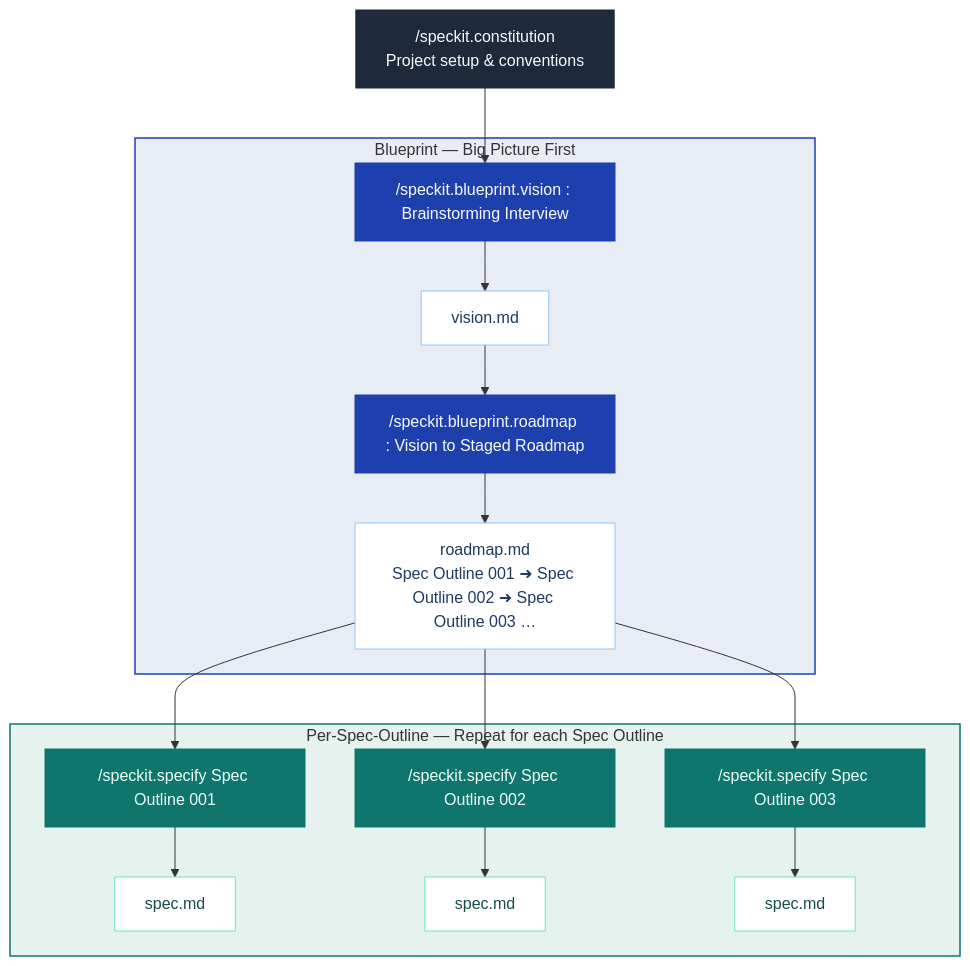
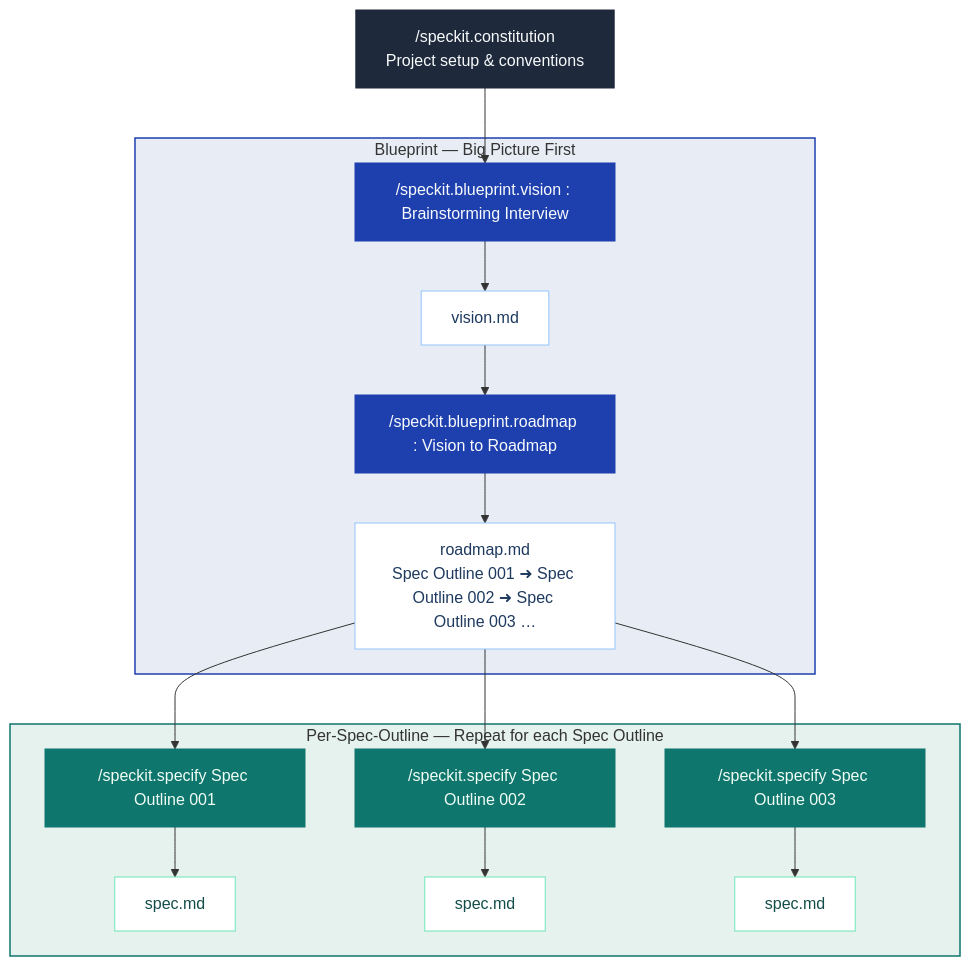
Before and after one commit to jaeryun/spec-kit-blueprint: the diagram in README.md, drawn with Mermaid. The commit also changed other lines of this file and 2 other files, not shown here.

````diff
--- a/README.md
+++ b/README.md
@@ -11,33 +11,33 @@
 ```mermaid
 flowchart TD
     A["/speckit.constitution\nProject setup & conventions"] --> B
 
     subgraph bp ["Blueprint — Big Picture First"]
         B["/speckit.blueprint.vision : Brainstorming Interview"]
         B --> C["vision.md"]
-        C --> D["/speckit.blueprint.roadmap : Vision to Staged Roadmap "]
+        C --> D["/speckit.blueprint.roadmap : Vision to Roadmap"]
         D --> R["roadmap.md\nSpec Outline 001 ➜ Spec Outline 002 ➜ Spec Outline 003 …"]
     end
 
     R --> F & G & H
 
     subgraph impl ["Per-Spec-Outline — Repeat for each Spec Outline"]
         F["/speckit.specify Spec Outline 001"] --> spec1["spec.md"]
         G["/speckit.specify Spec Outline 002"] --> spec2["spec.md"]
         H["/speckit.specify Spec Outline 003"] --> spec3["spec.md"]
     end
 
     style bp fill:#e8edf5,stroke:#1e40af,stroke-width:1.5px
     style impl fill:#e6f2ee,stroke:#0f766e,stroke-width:1.5px
     style A fill:#1e293b,stroke:#1e293b,color:#f8fafc
     style B fill:#1e40af,stroke:#1e40af,color:#f8fafc
     style C fill:#ffffff,stroke:#93c5fd,color:#1e3a5f
     style D fill:#1e40af,stroke:#1e40af,color:#f8fafc
     style R fill:#ffffff,stroke:#93c5fd,color:#1e3a5f
     style F fill:#0f766e,stroke:#0f766e,color:#f0fdf4
     style G fill:#0f766e,stroke:#0f766e,color:#f0fdf4
     style H fill:#0f766e,stroke:#0f766e,color:#f0fdf4
     style spec1 fill:#ffffff,stroke:#6ee7b7,color:#134e4a
     style spec2 fill:#ffffff,stroke:#6ee7b7,color:#134e4a
     style spec3 fill:#ffffff,stroke:#6ee7b7,color:#134e4a
 ```
````
